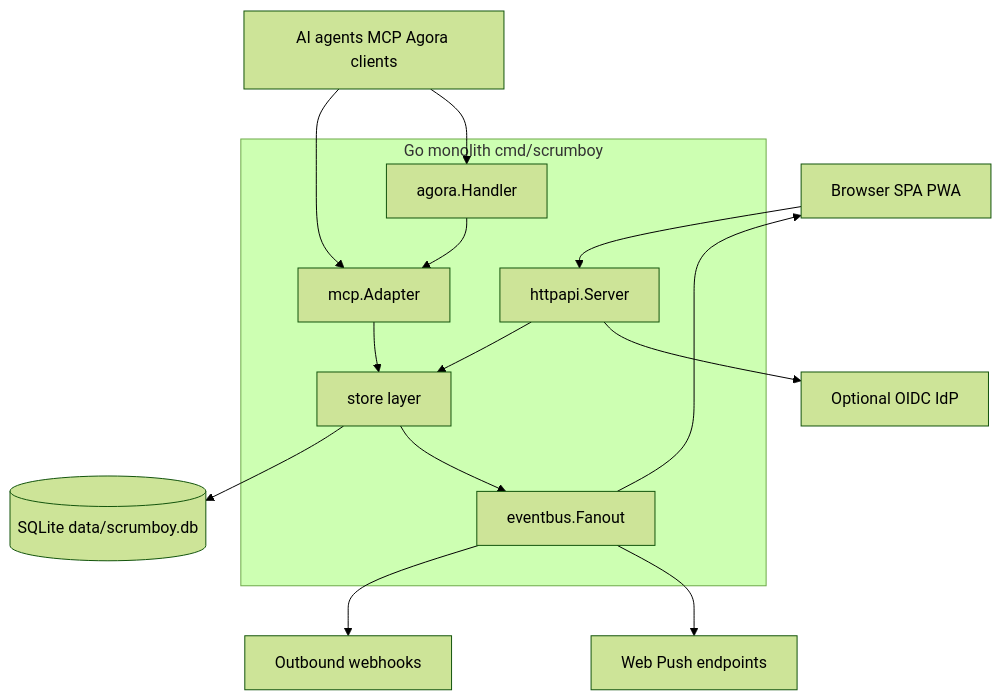
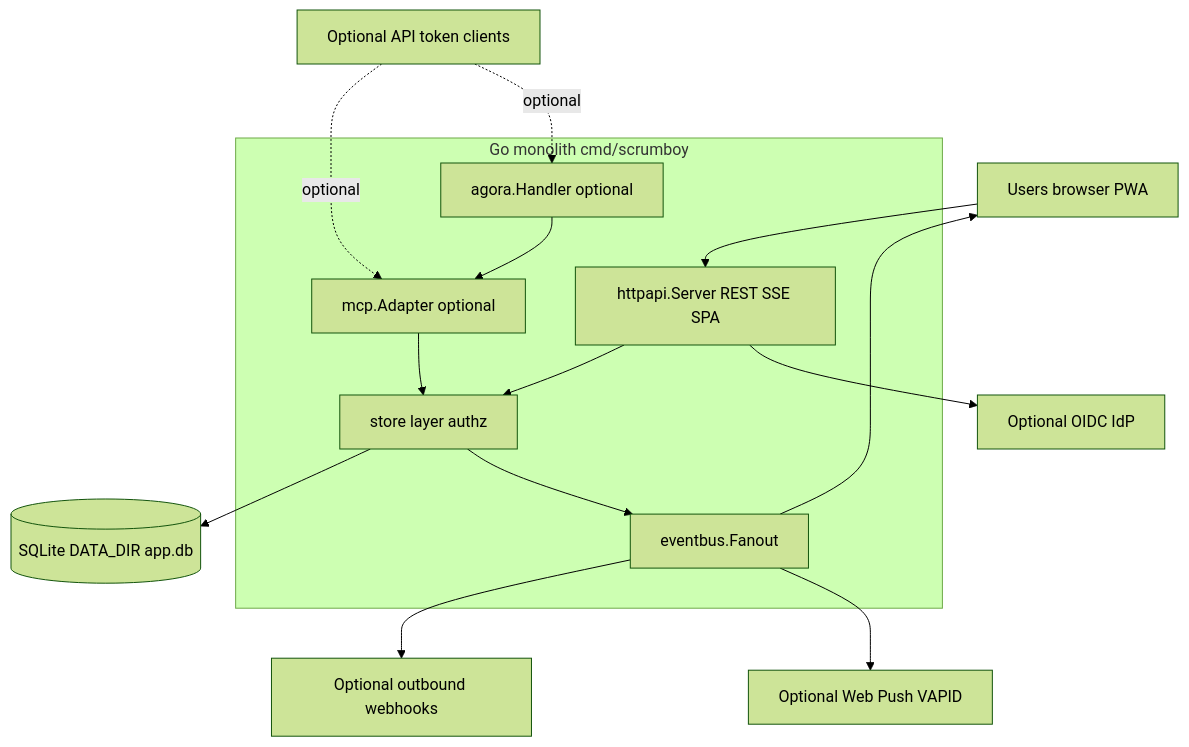
Before and after one commit to bhardwajRahul/scrumboy: the diagram in docs/diagrams/scrumboy_overview.md, drawn with Mermaid (forest theme). The commit also changed other lines of this file and 6 other files, not shown here.

Commit message:
maximize diagram + additional diagrams

````diff
--- a/docs/diagrams/scrumboy_overview.md
+++ b/docs/diagrams/scrumboy_overview.md
@@ -5,31 +5,31 @@
 ```mermaid
 flowchart TB
-  Browser[Browser SPA PWA]
-  Agents[AI agents MCP Agora clients]
+  Users[Users browser PWA]
 
   subgraph monolith [Go monolith cmd/scrumboy]
-    HTTP[httpapi.Server]
-    MCP[mcp.Adapter]
-    Agora[agora.Handler]
-    Store[store layer]
+    HTTP[httpapi.Server REST SSE SPA]
+    Store[store layer authz]
     Bus[eventbus.Fanout]
+    MCP[mcp.Adapter optional]
+    Agora[agora.Handler optional]
   end
 
-  DB[(SQLite data/scrumboy.db)]
+  DB[(SQLite DATA_DIR app.db)]
   IdP[Optional OIDC IdP]
-  Hooks[Outbound webhooks]
-  Push[Web Push endpoints]
+  Hooks[Optional outbound webhooks]
+  Push[Optional Web Push VAPID]
+  Auto[Optional API token clients]
 
-  Browser --> HTTP
-  Agents --> MCP
-  Agents --> Agora
+  Users --> HTTP
   HTTP --> Store
-  MCP --> Store
-  Agora --> MCP
   Store --> DB
   HTTP --> IdP
   Store --> Bus
-  Bus --> Browser
+  Bus --> Users
   Bus --> Hooks
   Bus --> Push
+  Auto -. optional .-> MCP
+  Auto -. optional .-> Agora
+  MCP --> Store
+  Agora --> MCP
 ```
````
